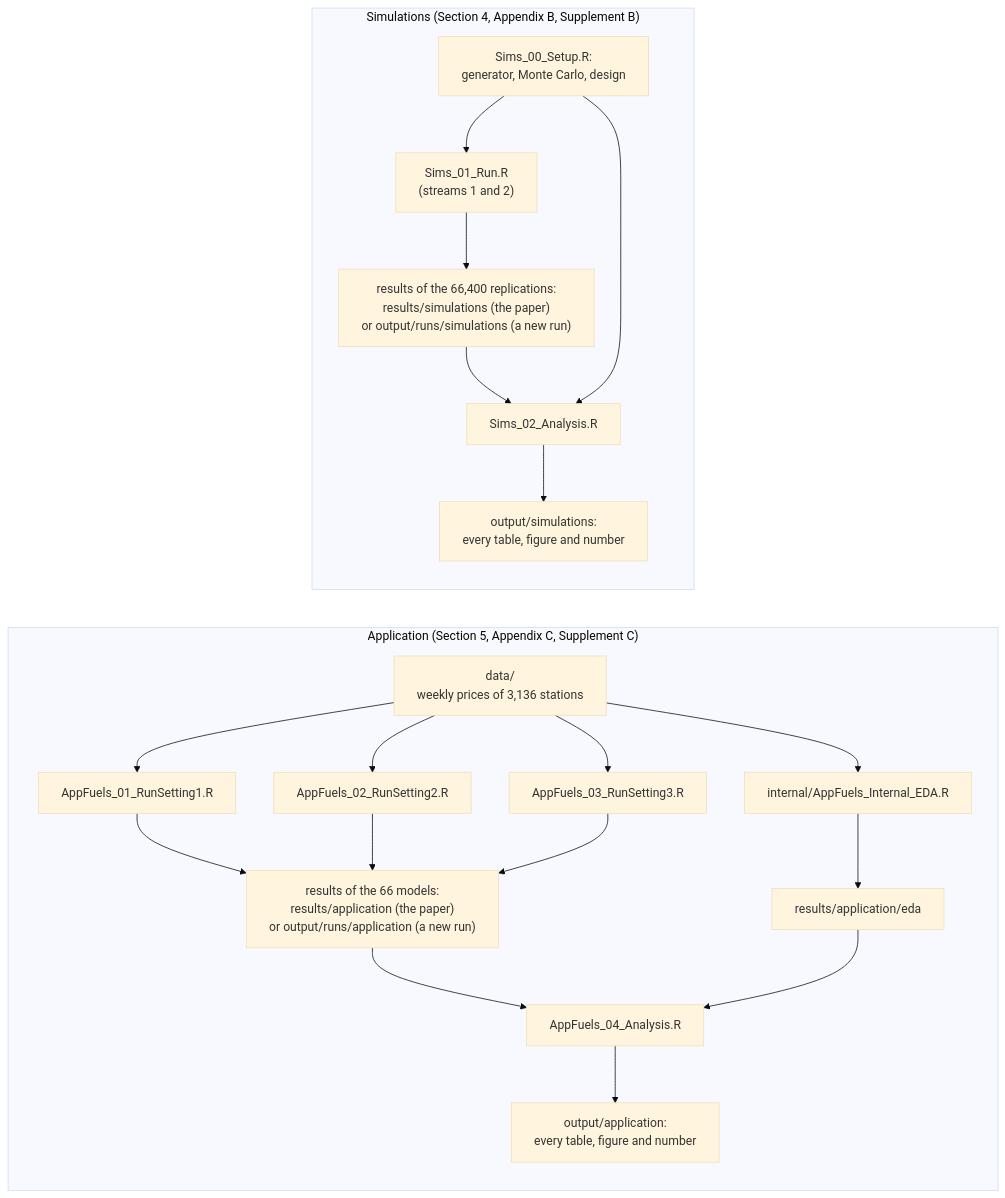
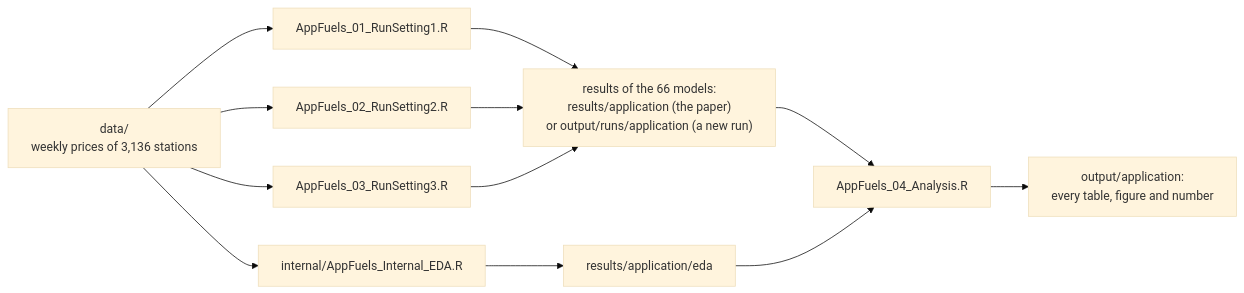
One commit to PaoloMaranzano/Stem changed the second of 4 diagrams in papers/sc-stem-local-leader/README.md. Above: the diagram before and after it, drawn with Mermaid (base theme). The commit also changed other lines of this file and 19 other files, not shown here.

````diff
--- a/papers/sc-stem-local-leader/README.md
+++ b/papers/sc-stem-local-leader/README.md
@@ -66,26 +354,15 @@
 ```mermaid
 %%{init: {"flowchart": {"wrappingWidth": 400}}}%%
 flowchart LR
-    subgraph APP["Application (Section 5, Appendix C, Supplement C)"]
-        direction TB
-        D["data/<br/>weekly prices of 3,136 stations"] --> R1["AppFuels_01_RunSetting1.R"]
-        D --> R2["AppFuels_02_RunSetting2.R"]
-        D --> R3["AppFuels_03_RunSetting3.R"]
-        R1 --> RR["results of the 66 models:<br/>results/application (the paper)<br/>or output/runs/application (a new run)"]
-        R2 --> RR
-        R3 --> RR
-        D --> EDA["internal/AppFuels_Internal_EDA.R"]
-        EDA --> RE["results/application/eda"]
-        RR --> A4["AppFuels_04_Analysis.R"]
-        RE --> A4
-        A4 --> OA["output/application:<br/>every table, figure and number"]
-    end
-    subgraph SIM["Simulations (Section 4, Appendix B, Supplement B)"]
-        direction TB
-        S0["Sims_00_Setup.R:<br/>generator, Monte Carlo, design"] --> S1["Sims_01_Run.R<br/>(streams 1 and 2)"]
-        S1 --> SR["results of the 66,400 replications:<br/>results/simulations (the paper)<br/>or output/runs/simulations (a new run)"]
-        SR --> S2["Sims_02_Analysis.R"]
-        S0 --> S2
-        S2 --> OS["output/simulations:<br/>every table, figure and number"]
-    end
+    D["data/<br/>weekly prices of 3,136 stations"] --> R1["AppFuels_01_RunSetting1.R"]
+    D --> R2["AppFuels_02_RunSetting2.R"]
+    D --> R3["AppFuels_03_RunSetting3.R"]
+    R1 --> RR["results of the 66 models:<br/>results/application (the paper)<br/>or output/runs/application (a new run)"]
+    R2 --> RR
+    R3 --> RR
+    D --> EDA["internal/AppFuels_Internal_EDA.R"]
+    EDA --> RE["results/application/eda"]
+    RR --> A4["AppFuels_04_Analysis.R"]
+    RE --> A4
+    A4 --> OA["output/application:<br/>every table, figure and number"]
 ```
````
